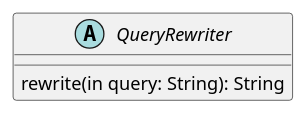
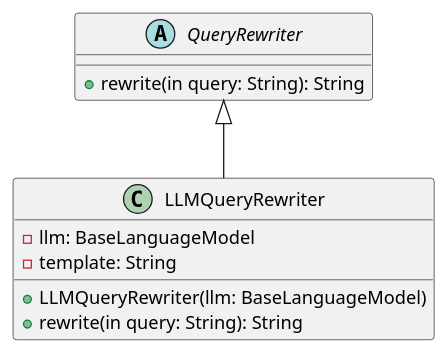
One commit to SirArt25/ChatMate changed the diagram in uml_diagrams/project.puml. Above: the diagram before and after it, drawn with PlantUML. The commit also changed 1 other file, not shown here.

Commit message:
Add llm_query_rewriter module

```diff
--- a/uml_diagrams/project.puml
+++ b/uml_diagrams/project.puml
@@ -1,5 +1,14 @@
 @startuml
 abstract class QueryRewriter {
-    rewrite(in query: String): String
+    + rewrite(in query: String): String
 }
+
+class LLMQueryRewriter {
+    - llm: BaseLanguageModel
+    - template: String
+    + LLMQueryRewriter(llm: BaseLanguageModel)
+    + rewrite(in query: String): String
+}
+QueryRewriter <|-- LLMQueryRewriter
+
 @enduml
```
